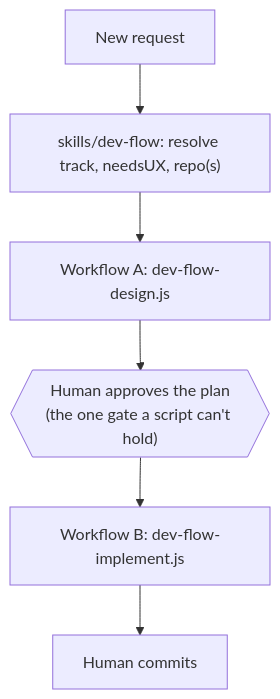
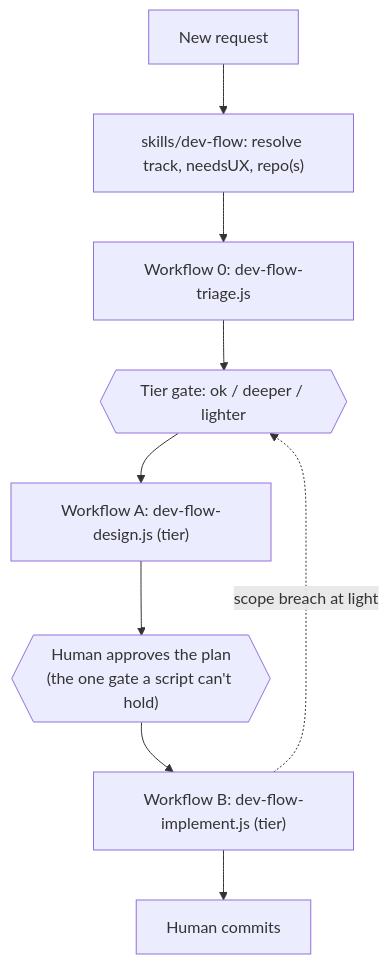
One commit to addit-digital/addit-harness changed the first of 3 diagrams in site/_docs/dev-flow.md. Above: the diagram before and after it, drawn with Mermaid. The commit also changed other lines of this file and 43 other files, not shown here.

First line of the commit message:
feat(dev-flow): tiered workflows with a hook-enforced plan gate and a mock test harness

````diff
--- a/site/_docs/dev-flow.md
+++ b/site/_docs/dev-flow.md
@@ -26,8 +26,11 @@
 ```mermaid
 flowchart TD
     A[New request] --> S1["skills/dev-flow: resolve track, needsUX, repo(s)"]
-    S1 --> WA["Workflow A: dev-flow-design.js"]
+    S1 --> W0["Workflow 0: dev-flow-triage.js"]
+    W0 --> TG{{"Tier gate: ok / deeper / lighter"}}
+    TG --> WA["Workflow A: dev-flow-design.js (tier)"]
     WA --> G{{"Human approves the plan\n(the one gate a script can't hold)"}}
-    G --> WB["Workflow B: dev-flow-implement.js"]
+    G --> WB["Workflow B: dev-flow-implement.js (tier)"]
+    WB -. "scope breach at light" .-> TG
     WB --> C[Human commits]
 ```
````
